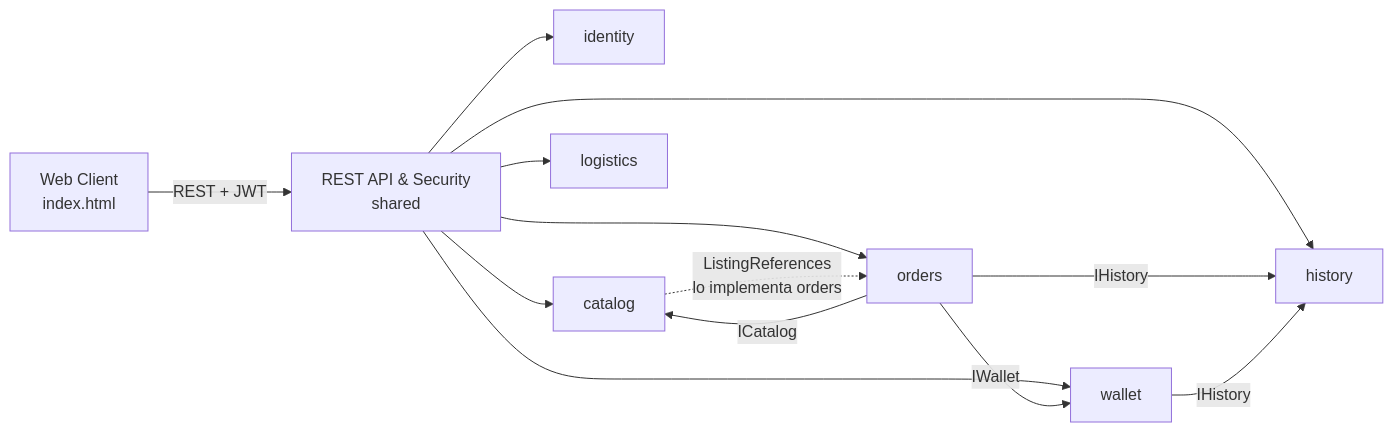
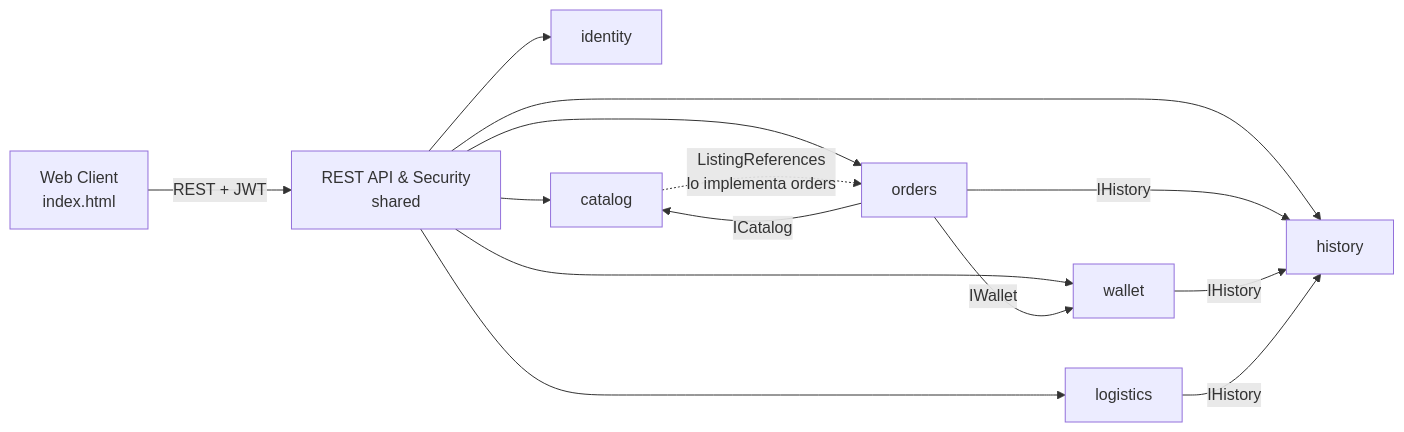
The diagram in docs/increment-1-v2.0.md (D13G0-G0/SuperApp), drawn with Mermaid before and after one commit. The commit also changed other lines of this file, not shown here.

````diff
--- a/docs/increment-1-v2.0.md
+++ b/docs/increment-1-v2.0.md
@@ -84,15 +84,16 @@
 ```mermaid
 flowchart LR
     UI[Web Client<br/>index.html] -->|REST + JWT| API[REST API & Security<br/>shared]
     API --> identity
     API --> catalog
     API --> orders
     API --> wallet
     API --> history
     API --> logistics
     orders -->|ICatalog| catalog
     orders -->|IWallet| wallet
     orders -->|IHistory| history
     wallet -->|IHistory| history
+    logistics -->|IHistory| history
     catalog -.->|ListingReferences<br/>lo implementa orders| orders
 ```
````
